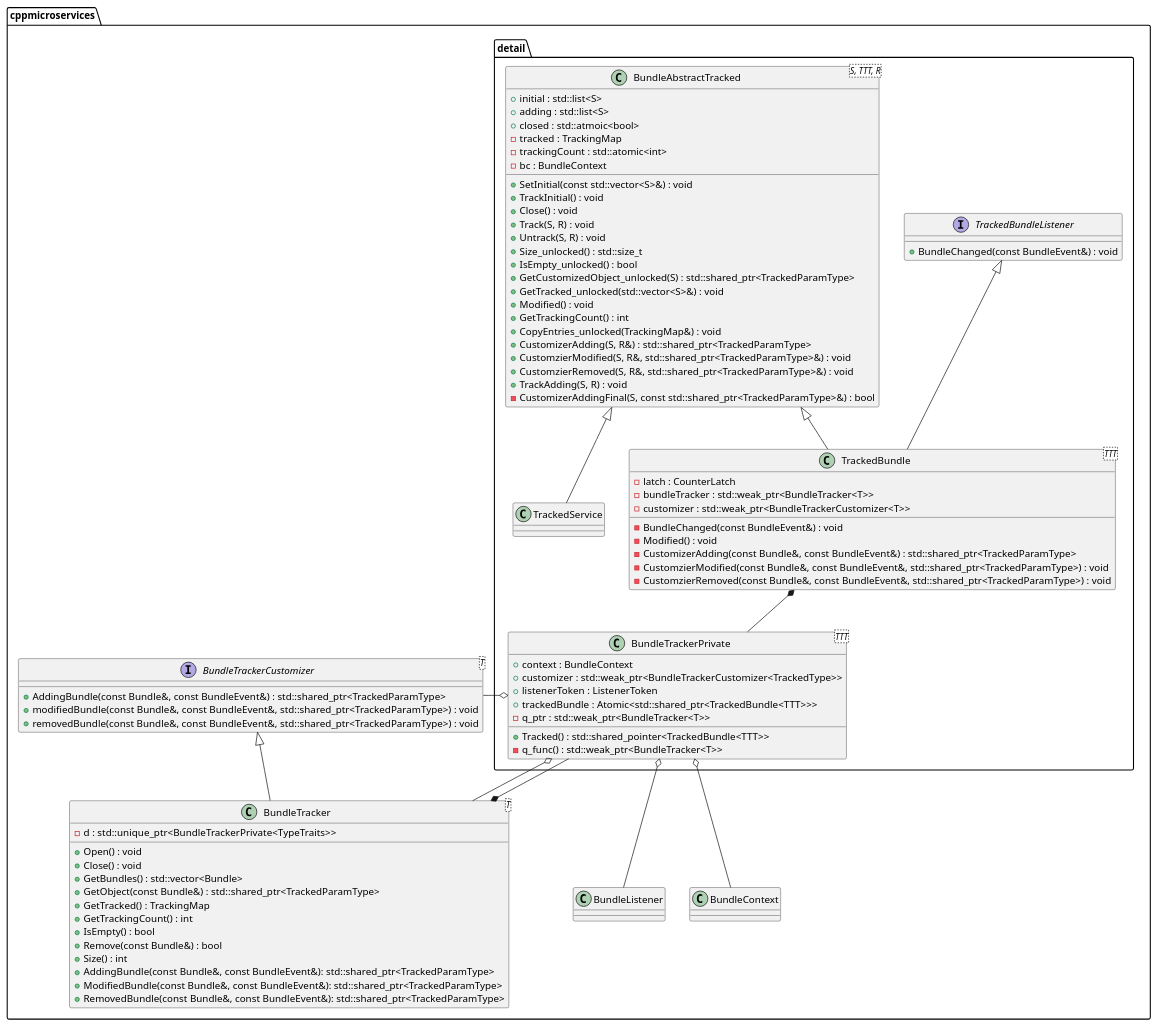
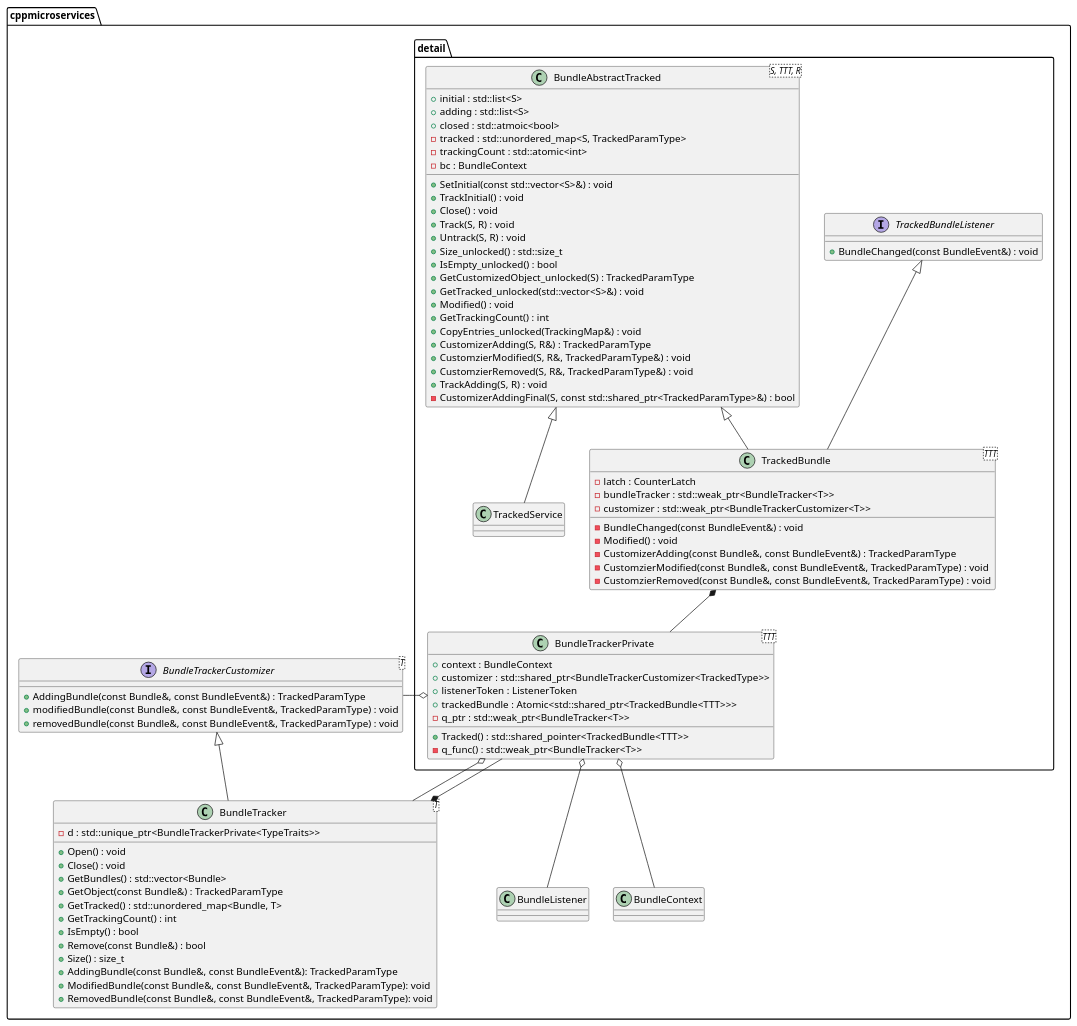
Before and after one commit to CppMicroServices/rfcs: the diagram in text/0009-BundleTracker-integration/class_diagram.puml, drawn with PlantUML. The commit also changed 2 other files, not shown here.

Commit message:
BundleTracker RFC revisions

```diff
--- a/text/0009-BundleTracker-integration/class_diagram.puml
+++ b/text/0009-BundleTracker-integration/class_diagram.puml
@@ -1,92 +1,92 @@
 @startuml class_diagram
 package cppmicroservices {
     
     class "BundleListener" as BL
     class "BundleContext" as BC
 
     class "BundleTracker" as BT<T> {
         - d : std::unique_ptr<BundleTrackerPrivate<TypeTraits>>
         + Open() : void
         + Close() : void
         + GetBundles() : std::vector<Bundle>
-        + GetObject(const Bundle&) : std::shared_ptr<TrackedParamType>
-        + GetTracked() : TrackingMap
+        + GetObject(const Bundle&) : TrackedParamType
+        + GetTracked() : std::unordered_map<Bundle, T>
         + GetTrackingCount() : int
         + IsEmpty() : bool
         + Remove(const Bundle&) : bool
-        + Size() : int
-        + AddingBundle(const Bundle&, const BundleEvent&): std::shared_ptr<TrackedParamType>
-        + ModifiedBundle(const Bundle&, const BundleEvent&): std::shared_ptr<TrackedParamType>
-        + RemovedBundle(const Bundle&, const BundleEvent&): std::shared_ptr<TrackedParamType>
+        + Size() : size_t
+        + AddingBundle(const Bundle&, const BundleEvent&): TrackedParamType
+        + ModifiedBundle(const Bundle&, const BundleEvent&, TrackedParamType): void
+        + RemovedBundle(const Bundle&, const BundleEvent&, TrackedParamType): void
     }
     interface "BundleTrackerCustomizer" as BTC<T> {
-        + AddingBundle(const Bundle&, const BundleEvent&) : std::shared_ptr<TrackedParamType> 
-        + modifiedBundle(const Bundle&, const BundleEvent&, std::shared_ptr<TrackedParamType>) : void
-        + removedBundle(const Bundle&, const BundleEvent&, std::shared_ptr<TrackedParamType>) : void
+        + AddingBundle(const Bundle&, const BundleEvent&) : TrackedParamType 
+        + modifiedBundle(const Bundle&, const BundleEvent&, TrackedParamType) : void
+        + removedBundle(const Bundle&, const BundleEvent&, TrackedParamType) : void
     }
     
     package detail {
         class "BundleTrackerPrivate" as BTP<TTT> {
             + context : BundleContext
-            + customizer : std::weak_ptr<BundleTrackerCustomizer<TrackedType>>
+            + customizer : std::shared_ptr<BundleTrackerCustomizer<TrackedType>>
             + listenerToken : ListenerToken
             + trackedBundle : Atomic<std::shared_ptr<TrackedBundle<TTT>>>
             + Tracked() : std::shared_pointer<TrackedBundle<TTT>>
             - q_func() : std::weak_ptr<BundleTracker<T>>
             - q_ptr : std::weak_ptr<BundleTracker<T>>
         }
         interface "TrackedBundleListener" as TBL {
             + BundleChanged(const BundleEvent&) : void
         }
         class "TrackedBundle" as TB<TTT> {
             - latch : CounterLatch
             - bundleTracker : std::weak_ptr<BundleTracker<T>>
             - customizer : std::weak_ptr<BundleTrackerCustomizer<T>>
 
             - BundleChanged(const BundleEvent&) : void
             - Modified() : void
-            - CustomizerAdding(const Bundle&, const BundleEvent&) : std::shared_ptr<TrackedParamType>
-            - CustomzierModified(const Bundle&, const BundleEvent&, std::shared_ptr<TrackedParamType>) : void
-            - CustomzierRemoved(const Bundle&, const BundleEvent&, std::shared_ptr<TrackedParamType>) : void
+            - CustomizerAdding(const Bundle&, const BundleEvent&) : TrackedParamType
+            - CustomzierModified(const Bundle&, const BundleEvent&, TrackedParamType) : void
+            - CustomzierRemoved(const Bundle&, const BundleEvent&, TrackedParamType) : void
         
         }
         class "TrackedService" as TS
         class "BundleAbstractTracked" as BAT <S, TTT, R> {
             + SetInitial(const std::vector~<S>&) : void
             + TrackInitial() : void
             + Close() : void
             + Track(S, R) : void
             + Untrack(S, R) : void
             + Size_unlocked() : std::size_t
             + IsEmpty_unlocked() : bool
-            + GetCustomizedObject_unlocked(S) : std::shared_ptr<TrackedParamType>
+            + GetCustomizedObject_unlocked(S) : TrackedParamType
             + GetTracked_unlocked(std::vector~<S>&) : void
             + Modified() : void
             + GetTrackingCount() : int
             + CopyEntries_unlocked(TrackingMap&) : void
-            + CustomizerAdding(S, R&) : std::shared_ptr<TrackedParamType>
-            + CustomzierModified(S, R&, std::shared_ptr<TrackedParamType>&) : void
-            + CustomzierRemoved(S, R&, std::shared_ptr<TrackedParamType>&) : void
+            + CustomizerAdding(S, R&) : TrackedParamType
+            + CustomzierModified(S, R&, TrackedParamType&) : void
+            + CustomzierRemoved(S, R&, TrackedParamType&) : void
             + TrackAdding(S, R) : void
             + initial : std::list~<S>
             + adding : std::list~<S>
             + closed : std::atmoic<bool>
-            - tracked : TrackingMap
+            - tracked : std::unordered_map<S, TrackedParamType>
             - trackingCount : std::atomic<int>
             - bc : BundleContext
             - CustomizerAddingFinal(S, const std::shared_ptr<TrackedParamType>&) : bool
         }
     }
     BTC <|-- BT
     BT *-- BTP
     BTP o-- BT
     BAT <|-- TB
     TBL <|-- TB
     TB *-- BTP
     BTP o-- BC
     BTP o-- BL
     BTP o-- BTC
     BAT <|-- TS
 
 }
 @enduml
```
